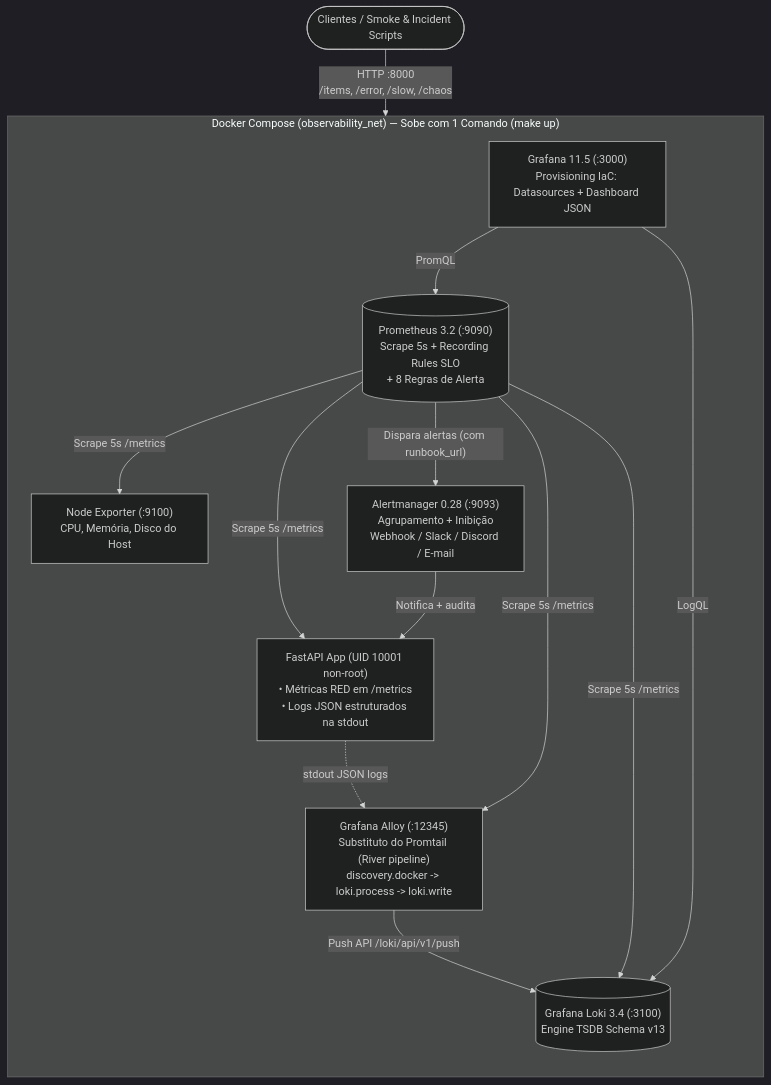
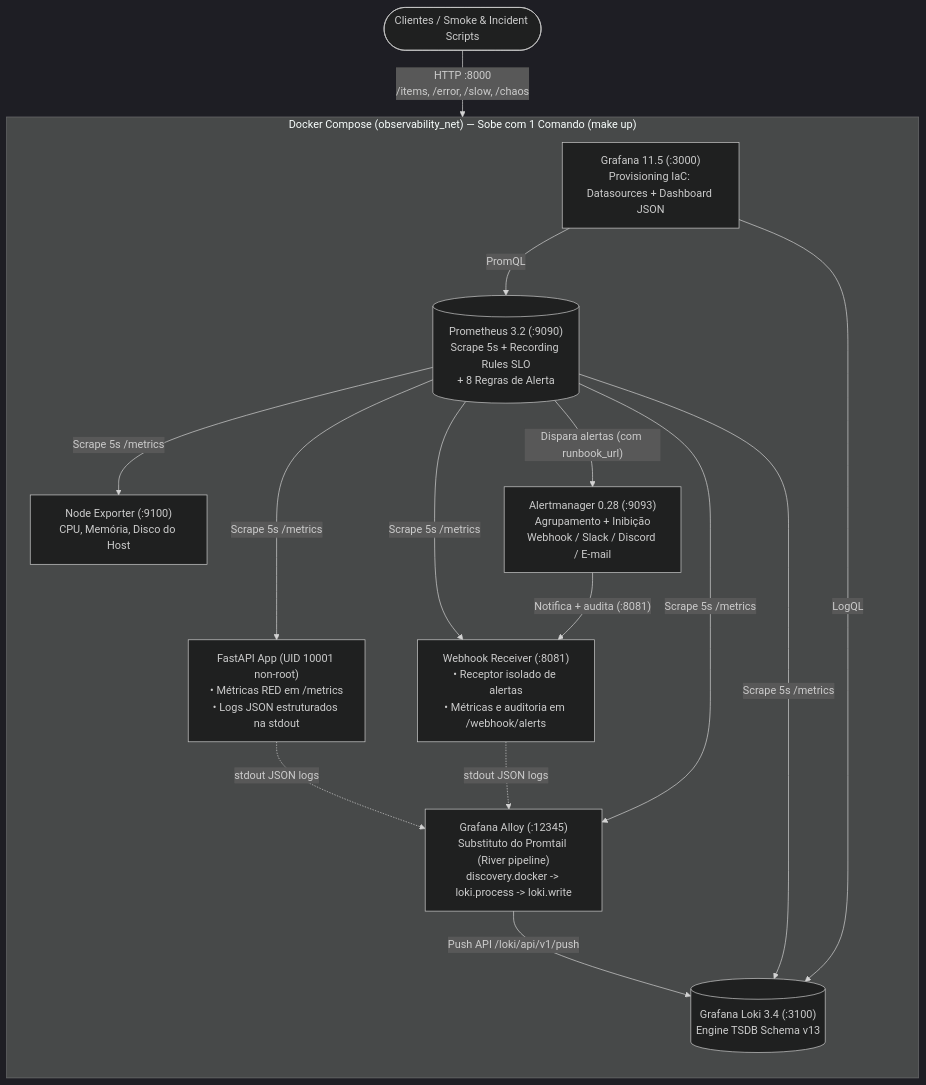
The diagram in README.md (Gabriel-V-Mendes/Observabilidade), drawn with Mermaid (dark theme) before and after one commit. The commit also changed other lines of this file and 5 other files, not shown here.

First line of the commit message:
docs(observability): alinha porta 8081 do webhook receiver, dependabot e consistencia do gameday

````diff
--- a/README.md
+++ b/README.md
@@ -34,23 +35,25 @@
 ```mermaid
 flowchart TB
     Client(["Clientes / Smoke & Incident Scripts"]) -->|"HTTP :8000\n/items, /error, /slow, /chaos"| API
 
     subgraph Stack["Docker Compose (observability_net) — Sobe com 1 Comando (make up)"]
         direction TB
         API["FastAPI App (UID 10001 non-root)\n• Métricas RED em /metrics\n• Logs JSON estruturados na stdout"]
+        WR["Webhook Receiver (:8081)\n• Receptor isolado de alertas\n• Métricas e auditoria em /webhook/alerts"]
         NE["Node Exporter (:9100)\nCPU, Memória, Disco do Host"]
         Alloy["Grafana Alloy (:12345)\nSubstituto do Promtail (River pipeline)\ndiscovery.docker -> loki.process -> loki.write"]
         Loki[("Grafana Loki 3.4 (:3100)\nEngine TSDB Schema v13")]
         Prom[("Prometheus 3.2 (:9090)\nScrape 5s + Recording Rules SLO\n+ 8 Regras de Alerta")]
         AM["Alertmanager 0.28 (:9093)\nAgrupamento + Inibição\nWebhook / Slack / Discord / E-mail"]
         Grafana["Grafana 11.5 (:3000)\nProvisioning IaC: Datasources + Dashboard JSON"]
 
         API -. "stdout JSON logs" .-> Alloy
+        WR -. "stdout JSON logs" .-> Alloy
         Alloy -->|"Push API /loki/api/v1/push"| Loki
-        Prom -->|"Scrape 5s /metrics"| API & NE & Alloy & Loki
+        Prom -->|"Scrape 5s /metrics"| API & WR & NE & Alloy & Loki
         Prom -->|"Dispara alertas (com runbook_url)"| AM
-        AM -->|"Notifica + audita"| API
+        AM -->|"Notifica + audita (:8081)"| WR
         Grafana -->|"PromQL"| Prom
         Grafana -->|"LogQL"| Loki
     end
 ```
````
